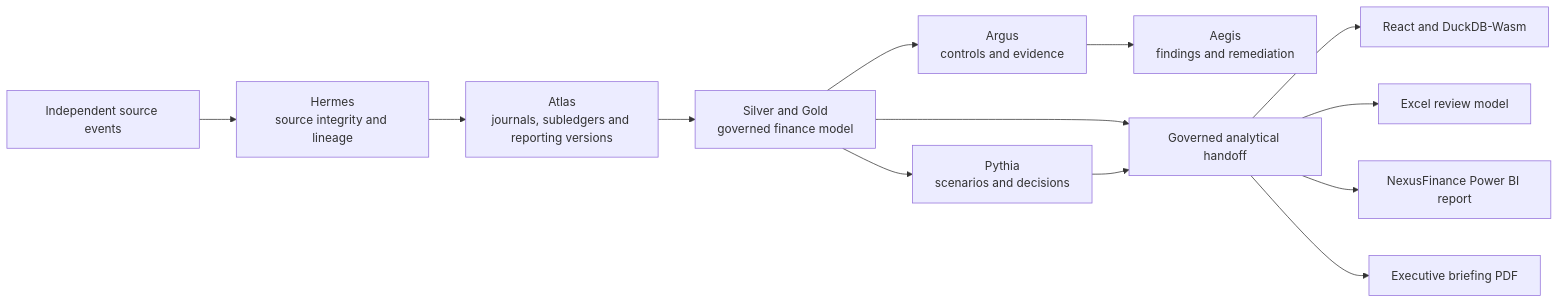
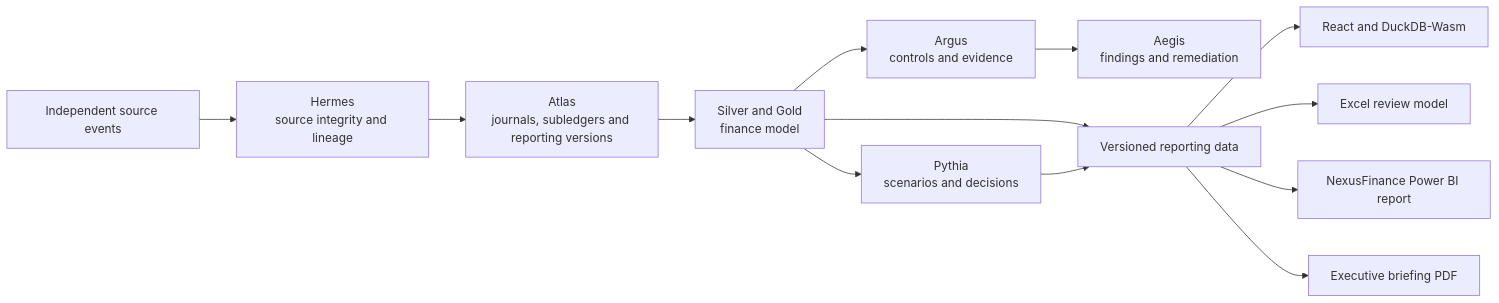
One commit to LewisA55/finance-assurance-platform changed the diagram in README.md. Above: the diagram before and after it, drawn with Mermaid. The commit also changed other lines of this file and 7 other files, not shown here.

````diff
--- a/README.md
+++ b/README.md
@@ -130,15 +124,15 @@
 ```mermaid
 flowchart LR
     S[Independent source events] --> H[Hermes<br/>source integrity and lineage]
     H --> A[Atlas<br/>journals, subledgers and reporting versions]
-    A --> G[Silver and Gold<br/>governed finance model]
+    A --> G[Silver and Gold<br/>finance model]
     G --> R[Argus<br/>controls and evidence]
     R --> E[Aegis<br/>findings and remediation]
     G --> P[Pythia<br/>scenarios and decisions]
-    G --> W[Governed analytical handoff]
+    G --> W[Versioned reporting data]
     P --> W
     W --> UI[React and DuckDB-Wasm]
     W --> X[Excel review model]
     W --> B[NexusFinance Power BI report]
     W --> D[Executive briefing PDF]
 ```
````
